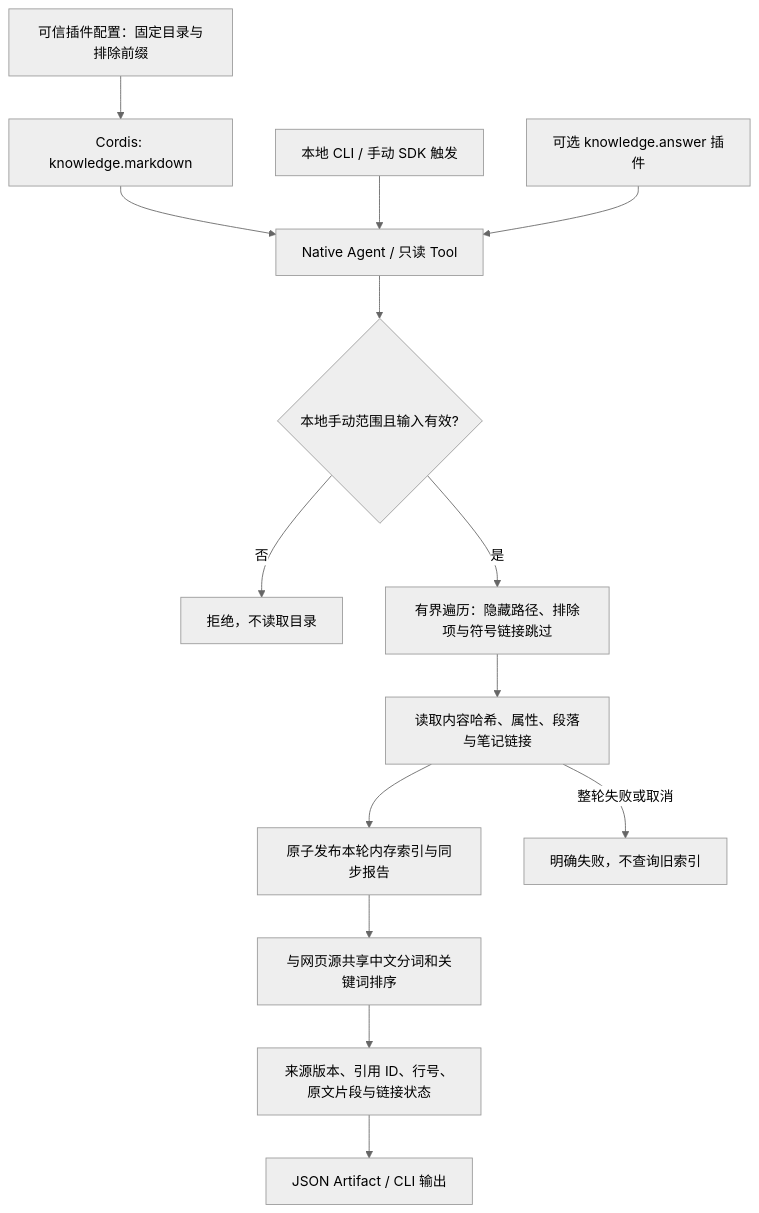
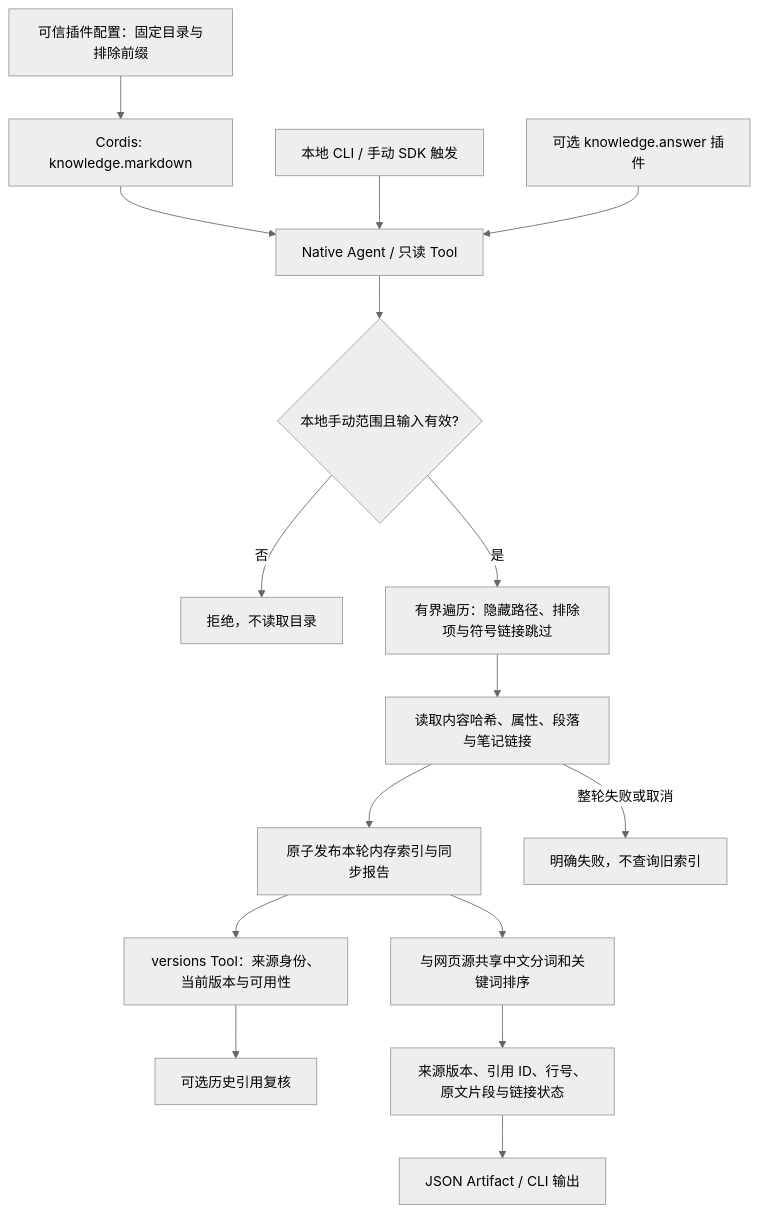
One commit to KlayPeter/AI-Delivery-Ops-Agent changed the diagram in backend/src/knowledge/markdown/FEATURE.md. Above: the diagram before and after it, drawn with Mermaid (neutral theme). The commit also changed other lines of this file and 28 other files, not shown here.

````diff
--- a/backend/src/knowledge/markdown/FEATURE.md
+++ b/backend/src/knowledge/markdown/FEATURE.md
@@ -22,16 +22,18 @@
 ```mermaid
 flowchart TD
     C[可信插件配置：固定目录与排除前缀] --> P[Cordis: knowledge.markdown]
     P --> N[Native Agent / 只读 Tool]
     CLI[本地 CLI / 手动 SDK 触发] --> N
     RAG[可选 knowledge.answer 插件] --> N
     N --> S{本地手动范围且输入有效?}
     S -- 否 --> X[拒绝，不读取目录]
     S -- 是 --> W[有界遍历：隐藏路径、排除项与符号链接跳过]
     W --> V[读取内容哈希、属性、段落与笔记链接]
     V --> I[原子发布本轮内存索引与同步报告]
     V -- 整轮失败或取消 --> F[明确失败，不查询旧索引]
+    I --> VT[versions Tool：来源身份、当前版本与可用性]
+    VT --> IC[可选历史引用复核]
     I --> Q[与网页源共享中文分词和关键词排序]
     Q --> E[来源版本、引用 ID、行号、原文片段与链接状态]
     E --> A[JSON Artifact / CLI 输出]
 ```
````
